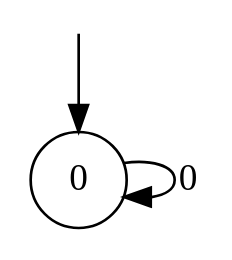
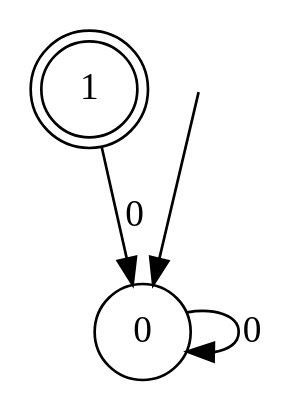
Before and after one commit to rasofema/learnlib: the diagram in algorithms/active/ilstar/incremental.dot, drawn with Graphviz. The commit also changed 13 other files, not shown here.

```diff
--- a/algorithms/active/ilstar/incremental.dot
+++ b/algorithms/active/ilstar/incremental.dot
@@ -1,9 +1,11 @@
 digraph g {
 
 	s0 [shape="circle" label="0"];
+	s1 [shape="doublecircle" label="1"];
 	s0 -> s0 [label="0"];
+	s1 -> s0 [label="0"];
 
 __start0 [label="" shape="none" width="0" height="0"];
 __start0 -> s0;
 
 }
```
